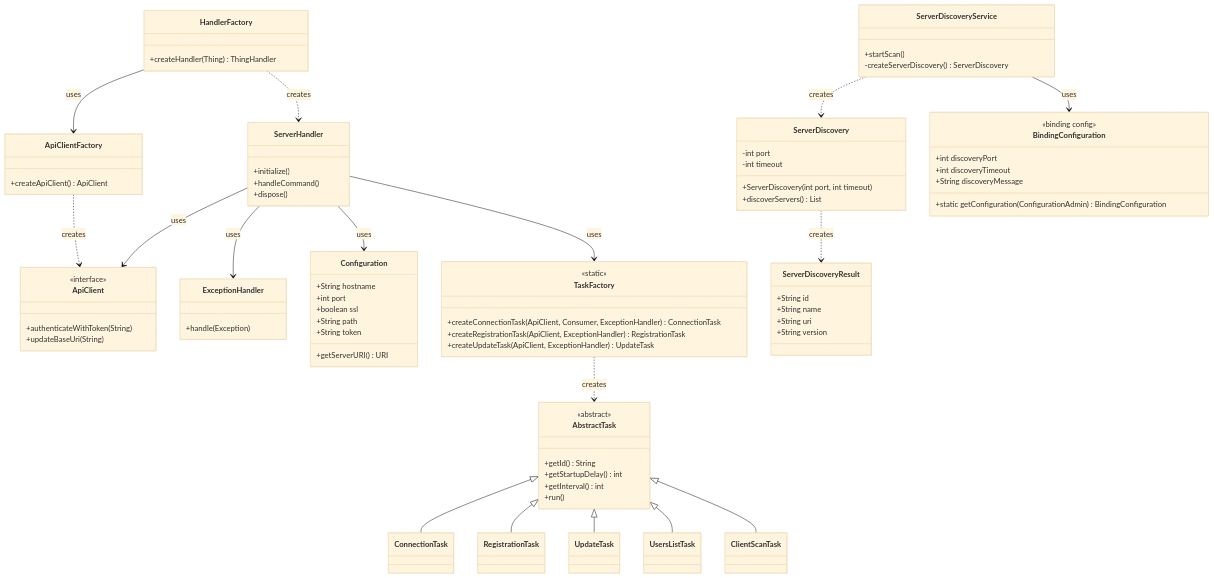
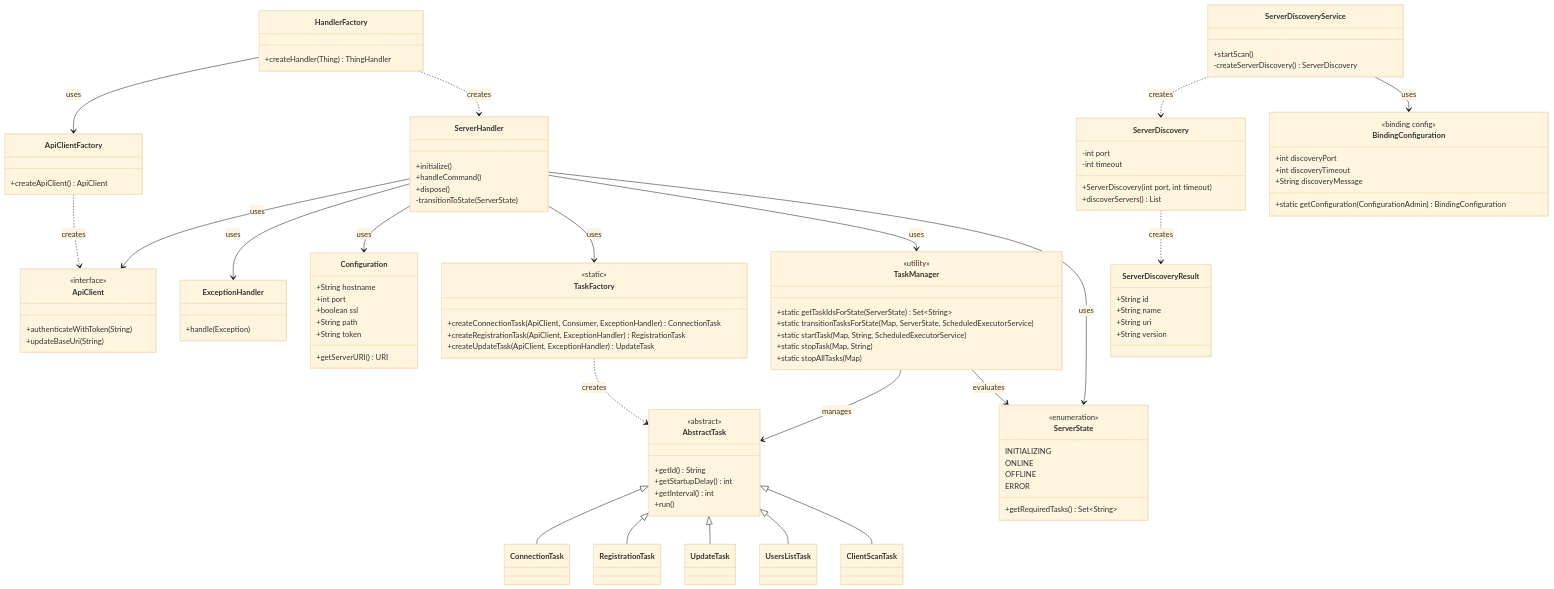
Before and after one commit to openhab/openhab-addons: the diagram in bundles/org.openhab.binding.jellyfin/CONTRIBUTION.md, drawn with Mermaid (base theme). The commit also changed other lines of this file, not shown here.

First line of the commit message:
📝 docs(jellyfin): update class diagram with TaskManager architecture

```diff
--- a/bundles/org.openhab.binding.jellyfin/CONTRIBUTION.md
+++ b/bundles/org.openhab.binding.jellyfin/CONTRIBUTION.md
@@ -21,9 +21,13 @@
     ServerHandler --> ExceptionHandler : uses
     ServerHandler --> Configuration : uses
     ServerHandler --> TaskFactory : uses
+    ServerHandler --> TaskManager : uses
+    ServerHandler --> ServerState : uses
     ServerDiscoveryService ..> ServerDiscovery : creates
     ServerDiscoveryService --> BindingConfiguration : uses
     TaskFactory ..> AbstractTask : creates
+    TaskManager --> AbstractTask : manages
+    TaskManager --> ServerState : evaluates
     ServerDiscovery ..> ServerDiscoveryResult : creates
     ApiClientFactory ..> ApiClient : creates
     HandlerFactory ..> ServerHandler : creates
@@ -37,6 +41,25 @@
         +initialize()
         +handleCommand()
         +dispose()
+        -transitionToState(ServerState)
+    }
+    
+    class TaskManager {
+        <<utility>>
+        +static getTaskIdsForState(ServerState) Set~String~
+        +static transitionTasksForState(Map, ServerState, ScheduledExecutorService)
+        +static startTask(Map, String, ScheduledExecutorService)
+        +static stopTask(Map, String)
+        +static stopAllTasks(Map)
+    }
+    
+    class ServerState {
+        <<enumeration>>
+        INITIALIZING
+        ONLINE
+        OFFLINE
+        ERROR
+        +getRequiredTasks() Set~String~
     }
     
     class ApiClientFactory {
```
